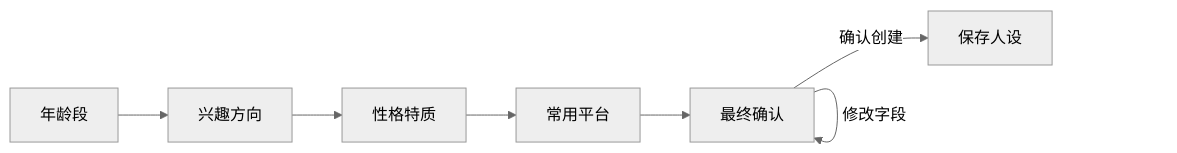
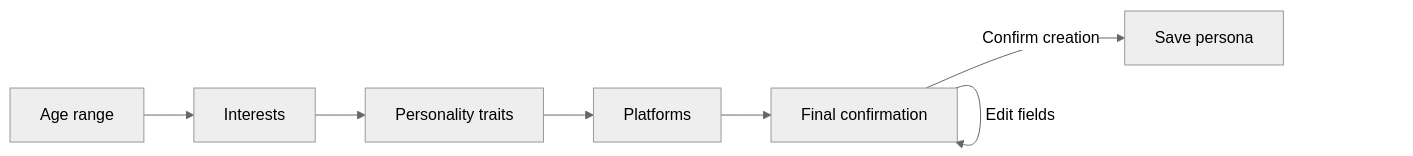
Before and after one commit to ChurzeXo/kevlar-4u: the second of 3 diagrams in README.md, drawn with Mermaid (neutral theme). The commit also changed other lines of this file and 3 other files, not shown here.

````diff
--- a/README.md
+++ b/README.md
@@ -122,9 +124,9 @@
 ```mermaid
 flowchart LR
-  A["年龄段"] --> B["兴趣方向"]
-  B --> C["性格特质"]
-  C --> D["常用平台"]
-  D --> E["最终确认"]
-  E -->|确认创建| F["保存人设"]
-  E -->|修改字段| E
+  A["Age range"] --> B["Interests"]
+  B --> C["Personality traits"]
+  C --> D["Platforms"]
+  D --> E["Final confirmation"]
+  E -->|Confirm creation| F["Save persona"]
+  E -->|Edit fields| E
 ```
````
